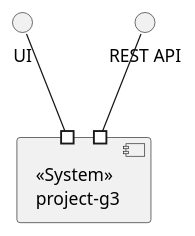
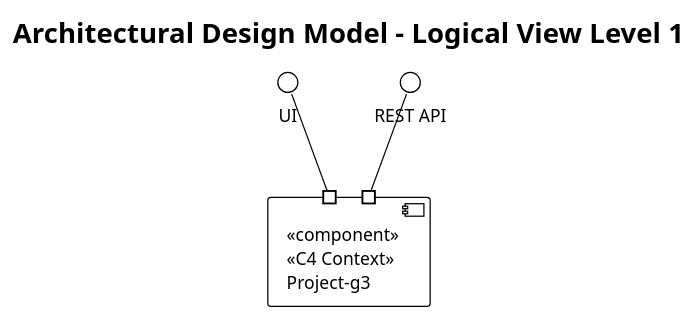
One commit to ivo-menezes/project_g3 changed the diagram in docs/modelling_design/system_architecture/LogicalView_Level1.puml. Above: the diagram before and after it, drawn with PlantUML. The commit also changed 6 other files, not shown here.

Commit message:
T731: Design: update architectural design diagrams (addresses #186)

```diff
--- a/docs/modelling_design/system_architecture/LogicalView_Level1.puml
+++ b/docs/modelling_design/system_architecture/LogicalView_Level1.puml
@@ -1,11 +1,13 @@
 @startuml
-'https://plantuml.com/component-diagram
+!theme plain
 
-[<<System>>\nproject-g3] as system
+title "Architectural Design Model - Logical View Level 1"
+
+[<<component>>\n<<C4 Context>>\nProject-g3] as system
 () "REST API" as api
 () "UI" as ui
 
 system #-u- api
 system #-u- ui
 
 @enduml
```
